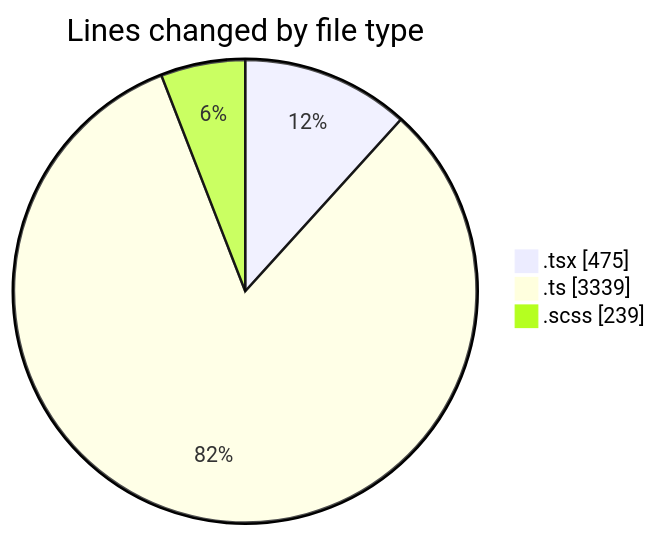
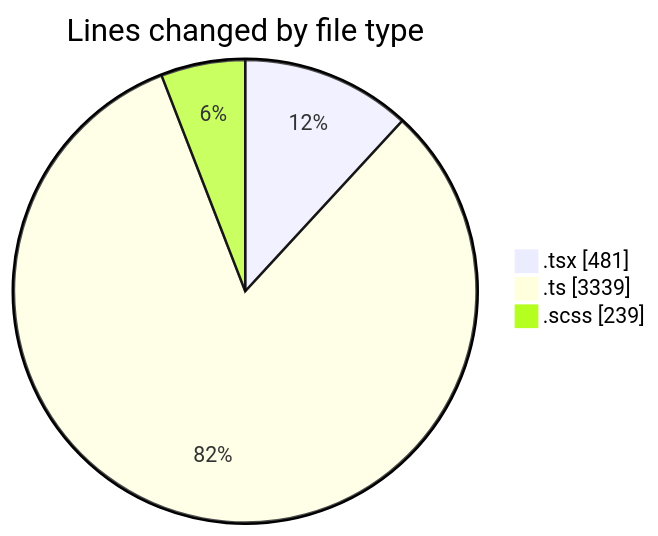
The first of 2 diagrams in 2025-09-17/cda/README.md (momahboobian/code-tracking), drawn with Mermaid before and after one commit. The commit also changed other lines of this file and 1 other file, not shown here.

````diff
--- a/2025-09-17/cda/README.md
+++ b/2025-09-17/cda/README.md
@@ -25,7 +25,7 @@
 ```mermaid
 pie showData
 title Lines changed by file type
-".tsx" : 475
+".tsx" : 481
 ".ts" : 3339
 ".scss" : 239
 ```
````
